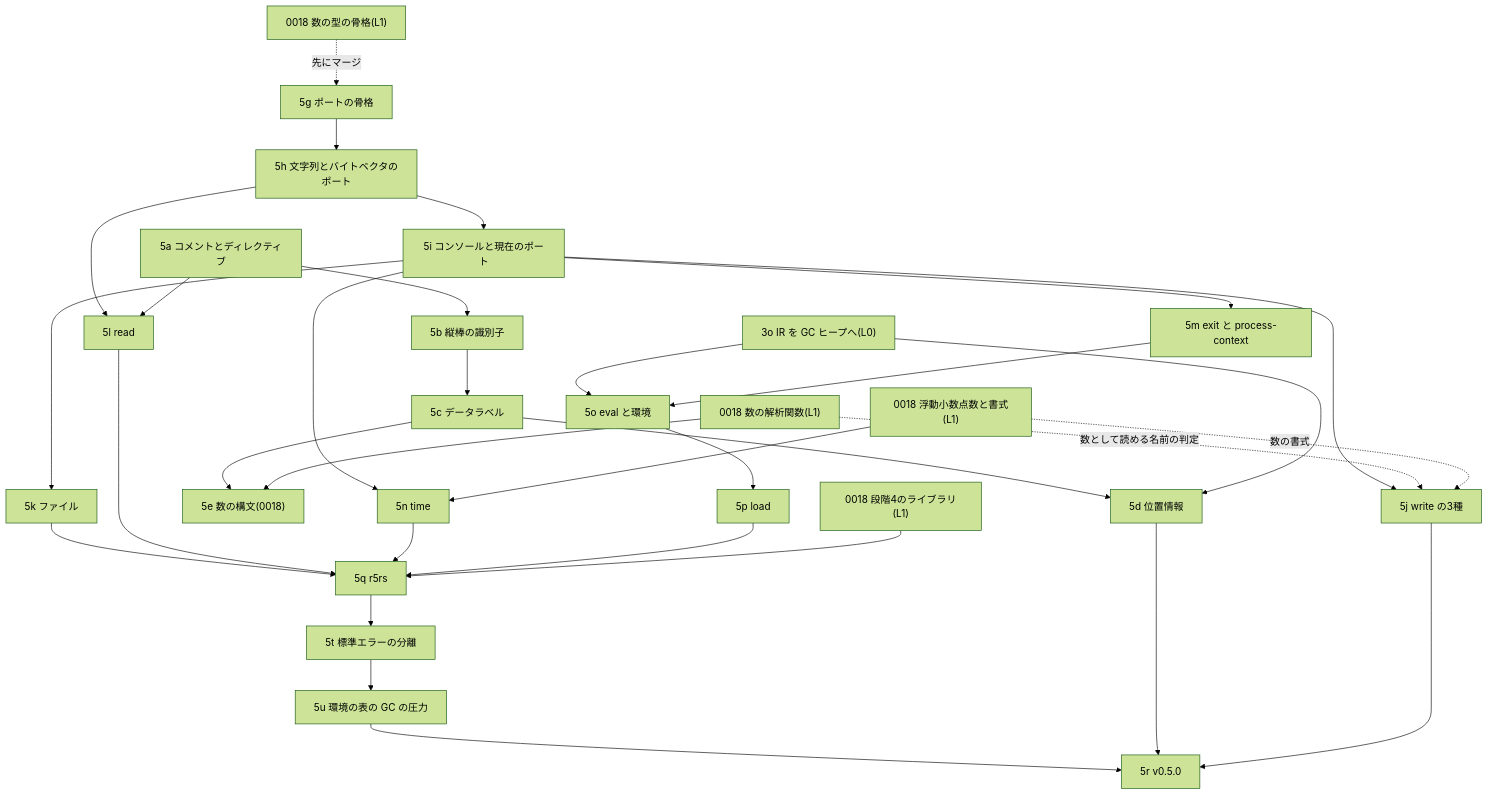
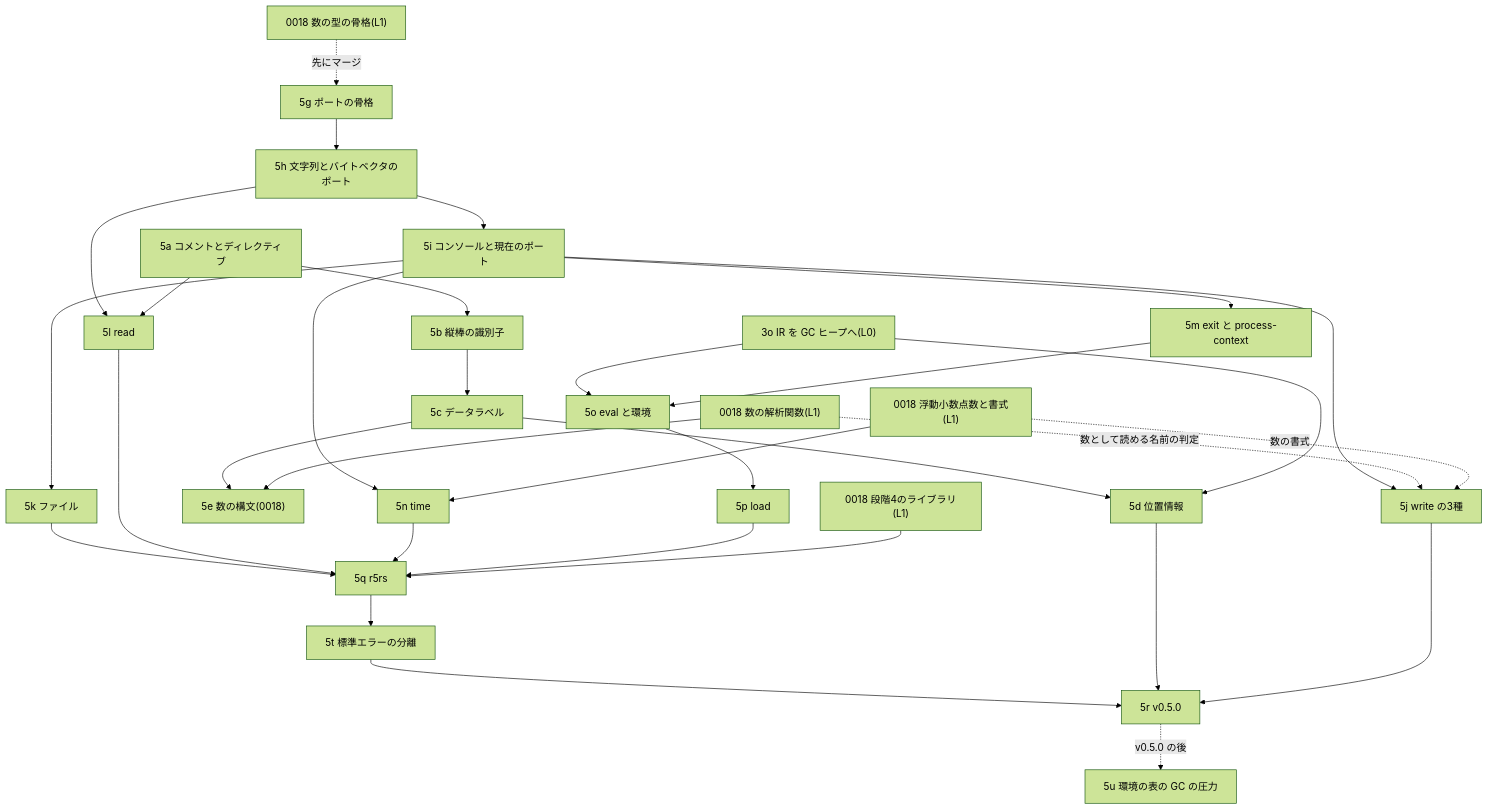
Before and after one commit to suchi/sucheme-zig: the diagram in docs/plans/0019-phase5-ports-and-io.md, drawn with Mermaid (forest theme). The commit also changed other lines of this file and 2 other files, not shown here.

````diff
--- a/docs/plans/0019-phase5-ports-and-io.md
+++ b/docs/plans/0019-phase5-ports-and-io.md
@@ -126,53 +126,54 @@
 ```mermaid
 flowchart TD
     o3["3o IR を GC ヒープへ(L0)"]
     n0["0018 数の型の骨格(L1)"]
     nf["0018 浮動小数点数と書式(L1)"]
     np["0018 数の解析関数(L1)"]
     nl["0018 段階4のライブラリ(L1)"]
     s5a["5a コメントとディレクティブ"]
     s5b["5b 縦棒の識別子"]
     s5c["5c データラベル"]
     s5d["5d 位置情報"]
     s5e["5e 数の構文(0018)"]
     s5g["5g ポートの骨格"]
     s5h["5h 文字列とバイトベクタのポート"]
     s5i["5i コンソールと現在のポート"]
     s5j["5j write の3種"]
     s5k["5k ファイル"]
     s5l["5l read"]
     s5m["5m exit と process-context"]
     s5n["5n time"]
     s5o["5o eval と環境"]
     s5p["5p load"]
     s5q["5q r5rs"]
     s5r["5r v0.5.0"]
     s5t["5t 標準エラーの分離"]
     s5u["5u 環境の表の GC の圧力"]
     s5a --> s5b --> s5c --> s5d
     o3 --> s5d
     s5c --> s5e
     np --> s5e
     n0 -.->|"先にマージ"| s5g
     s5g --> s5h --> s5i
     s5i --> s5j
     s5i --> s5k
     s5h --> s5l
     s5a --> s5l
     s5i --> s5m
     s5i --> s5n
     nf --> s5n
     np -.->|"数として読める名前の判定"| s5j
     nf -.->|"数の書式"| s5j
     o3 --> s5o
     s5m --> s5o
     s5o --> s5p
     s5k --> s5q
     s5l --> s5q
     s5n --> s5q
     s5p --> s5q
     nl --> s5q
-    s5q --> s5t --> s5u --> s5r
+    s5q --> s5t --> s5r
+    s5r -.->|"v0.5.0 の後"| s5u
     s5d --> s5r
     s5j --> s5r
 ```
````
